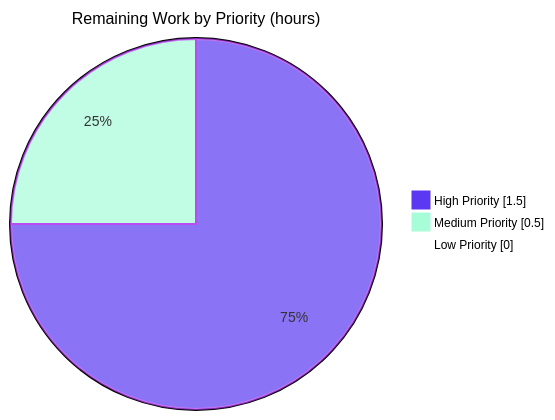
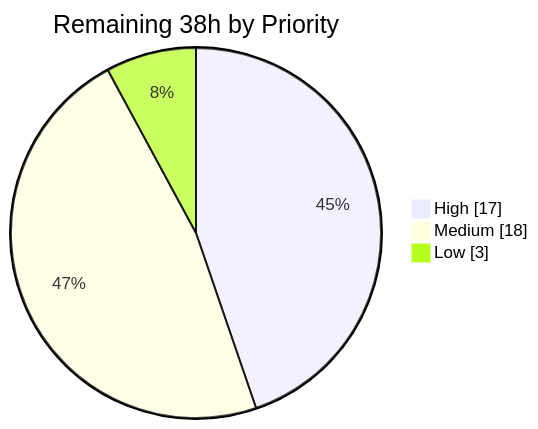
The third of 3 diagrams in blitzy/documentation/Project Guide.md (Blitzy-Sandbox/blitzy-makeplane), drawn with Mermaid before and after one commit. The commit also changed other lines of this file, not shown here.

Commit message:
Adding Blitzy Project Guide: Project Status and Human Tasks Remaining

````diff
--- a/blitzy/documentation/Project Guide.md
+++ b/blitzy/documentation/Project Guide.md
@@ -203,7 +211,6 @@
 ```mermaid
-%%{init: {"themeVariables": {"pie1": "#5B39F3", "pie2": "#A8FDD9", "pie3": "#FFFFFF", "pieStrokeColor": "#B23AF2", "pieOuterStrokeWidth": "2px", "pieTitleTextSize": "16px", "pieSectionTextSize": "14px", "pieLegendTextSize": "12px"}}}%%
-pie showData title Remaining Work by Priority (hours)
-    "High Priority" : 1.5
-    "Medium Priority" : 0.5
-    "Low Priority" : 0
+pie showData title Remaining 38h by Priority
+    "High" : 17
+    "Medium" : 18
+    "Low" : 3
 ```
````
